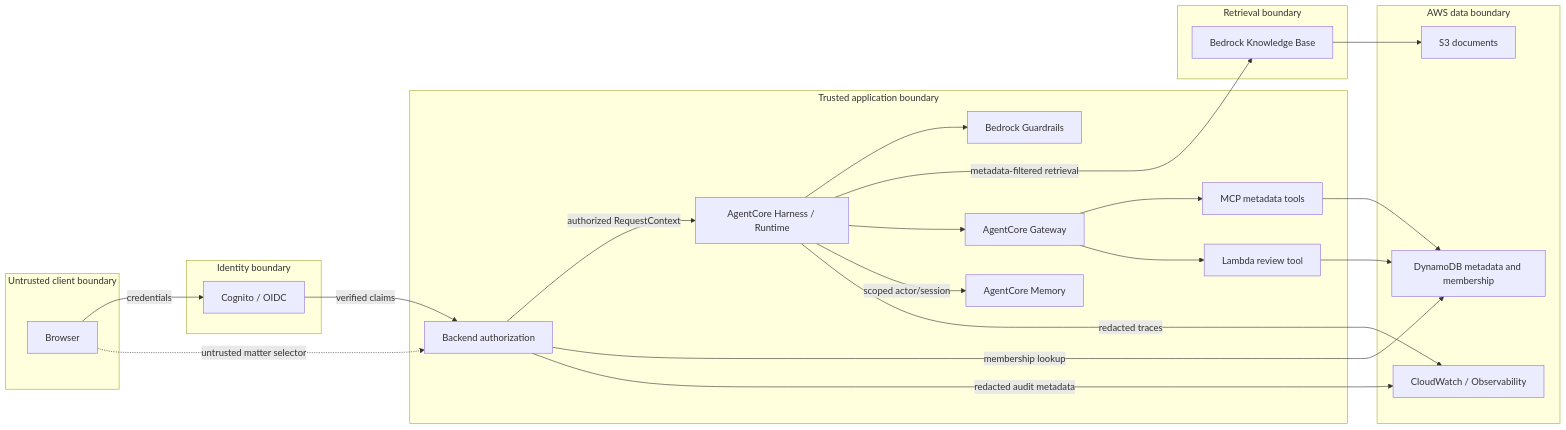
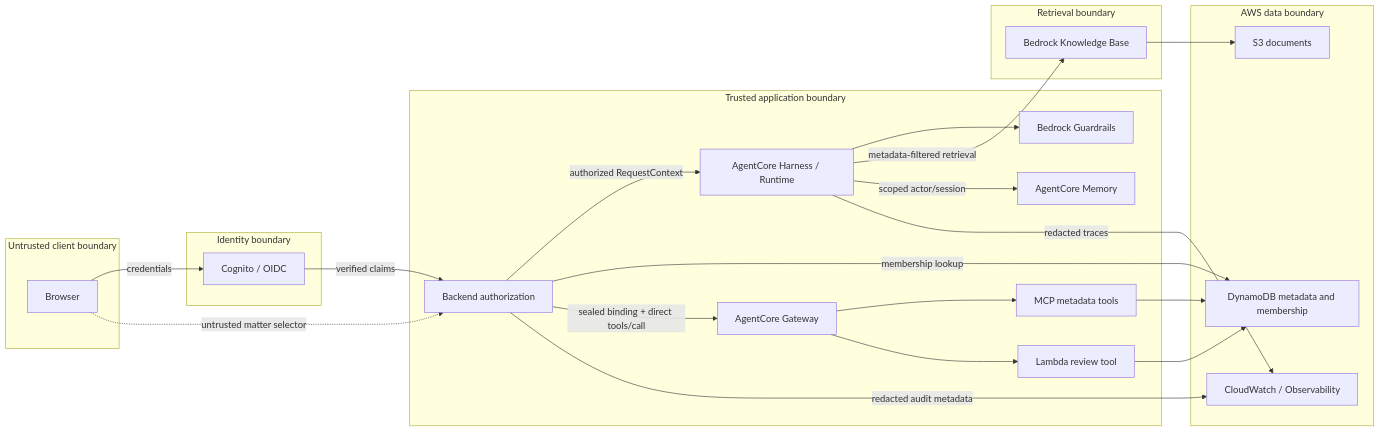
One commit to herrerogusano/LegalDesk changed the diagram in docs/architecture.md. Above: the diagram before and after it, drawn with Mermaid. The commit also changed other lines of this file and 19 other files, not shown here.

````diff
--- a/docs/architecture.md
+++ b/docs/architecture.md
@@ -12,43 +14,43 @@
 ```mermaid
 flowchart LR
   subgraph Untrusted[Untrusted client boundary]
     B[Browser]
   end
   subgraph Identity[Identity boundary]
     I[Cognito / OIDC]
   end
   subgraph Application[Trusted application boundary]
     A[Backend authorization]
     AC[AgentCore Harness / Runtime]
     G[Bedrock Guardrails]
     GW[AgentCore Gateway]
     MCP[MCP metadata tools]
     L[Lambda review tool]
     M[AgentCore Memory]
   end
   subgraph Retrieval[Retrieval boundary]
     KB[Bedrock Knowledge Base]
   end
   subgraph Data[AWS data boundary]
     S3[S3 documents]
     DB[DynamoDB metadata and membership]
     CW[CloudWatch / Observability]
   end
 
   B -->|credentials| I
   I -->|verified claims| A
   B -.->|untrusted matter selector| A
   A -->|authorized RequestContext| AC
   A -->|membership lookup| DB
   AC --> G
   AC -->|metadata-filtered retrieval| KB
   KB --> S3
-  AC --> GW
+  A -->|sealed binding + direct tools/call| GW
   GW --> MCP
   GW --> L
   MCP --> DB
   L --> DB
   AC -->|scoped actor/session| M
   A -->|redacted audit metadata| CW
   AC -->|redacted traces| CW
 ```
````
